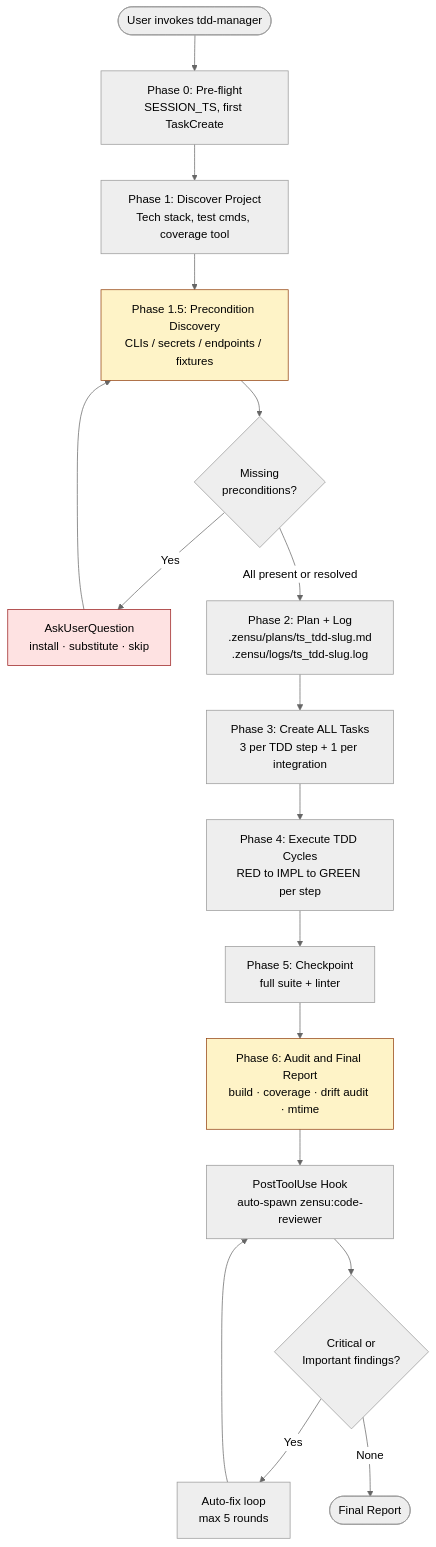
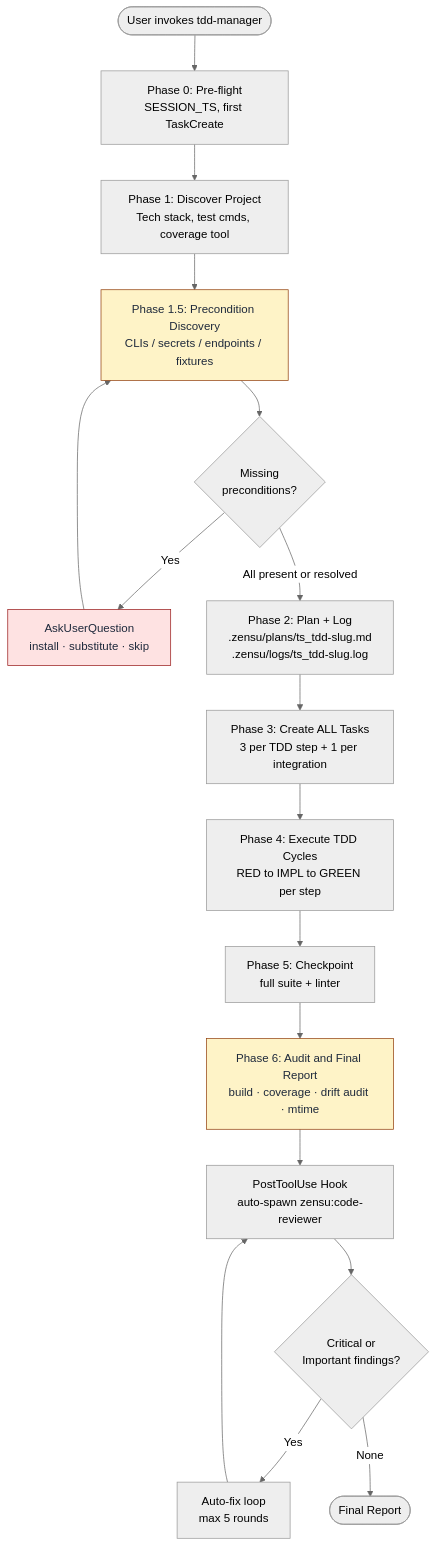
The first of 4 diagrams in docs/tdd-manager-workflow.md (MKITConsulting/zensu-claude-code), drawn with Mermaid (neutral theme) before and after one commit. The commit also changed other lines of this file, not shown here.

Commit message:
docs(tdd-manager): improve Mermaid text contrast on dark themes
Add explicit color:#1e293b to all styled nodes. Without it, GitHub's dark
theme rendered light text on light fill (yellow/red highlight + light
blue review-chain nodes) → unreadable.

````diff
--- a/docs/tdd-manager-workflow.md
+++ b/docs/tdd-manager-workflow.md
@@ -52,23 +52,23 @@
 ```mermaid
 flowchart TD
     Start([User invokes tdd-manager]) --> P0[Phase 0: Pre-flight<br/>SESSION_TS, first TaskCreate]
     P0 --> P1[Phase 1: Discover Project<br/>Tech stack, test cmds, coverage tool]
     P1 --> P15[Phase 1.5: Precondition Discovery<br/>CLIs / secrets / endpoints / fixtures]
     P15 --> Q{Missing<br/>preconditions?}
     Q -->|Yes| Ask[AskUserQuestion<br/>install · substitute · skip]
     Ask --> P15
     Q -->|All present or resolved| P2[Phase 2: Plan + Log<br/>.zensu/plans/ts_tdd-slug.md<br/>.zensu/logs/ts_tdd-slug.log]
     P2 --> P3[Phase 3: Create ALL Tasks<br/>3 per TDD step + 1 per integration]
     P3 --> P4[Phase 4: Execute TDD Cycles<br/>RED to IMPL to GREEN per step]
     P4 --> P5[Phase 5: Checkpoint<br/>full suite + linter]
     P5 --> P6[Phase 6: Audit and Final Report<br/>build · coverage · drift audit · mtime]
     P6 --> Review[PostToolUse Hook<br/>auto-spawn zensu:code-reviewer]
     Review --> Findings{Critical or<br/>Important findings?}
     Findings -->|Yes| AutoFix[Auto-fix loop<br/>max 5 rounds]
     AutoFix --> Review
     Findings -->|None| Done([Final Report])
 
-    style P15 fill:#fef3c7,stroke:#92400e
-    style P6 fill:#fef3c7,stroke:#92400e
-    style Ask fill:#fee2e2,stroke:#991b1b
+    style P15 fill:#fef3c7,stroke:#92400e,color:#1e293b
+    style P6 fill:#fef3c7,stroke:#92400e,color:#1e293b
+    style Ask fill:#fee2e2,stroke:#991b1b,color:#1e293b
 ```
````
